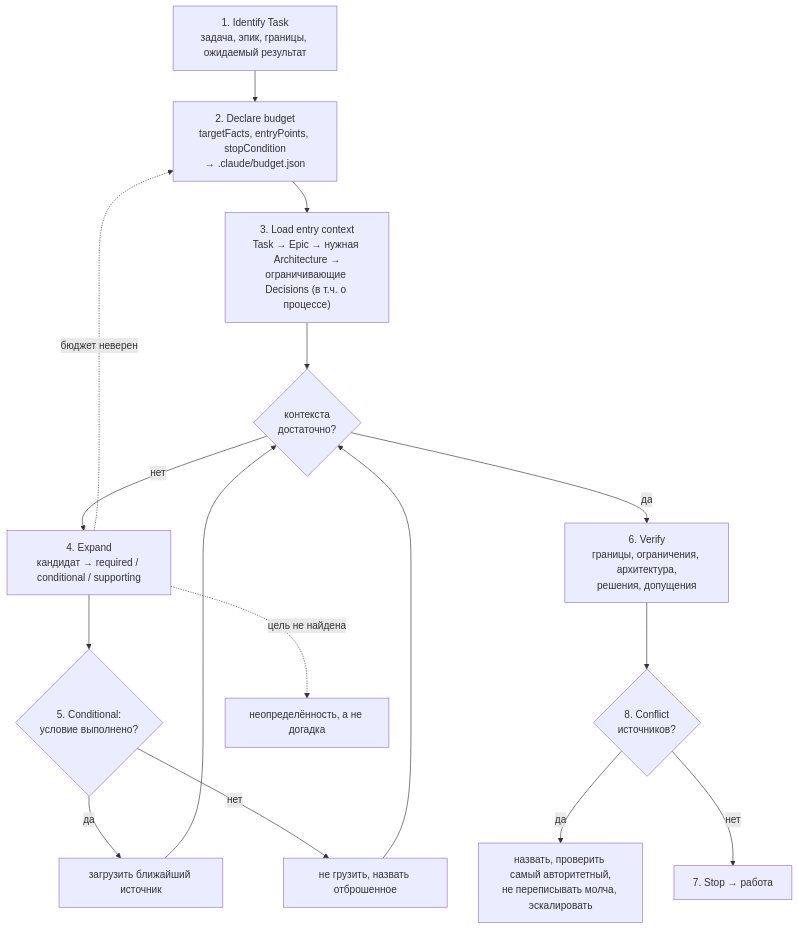
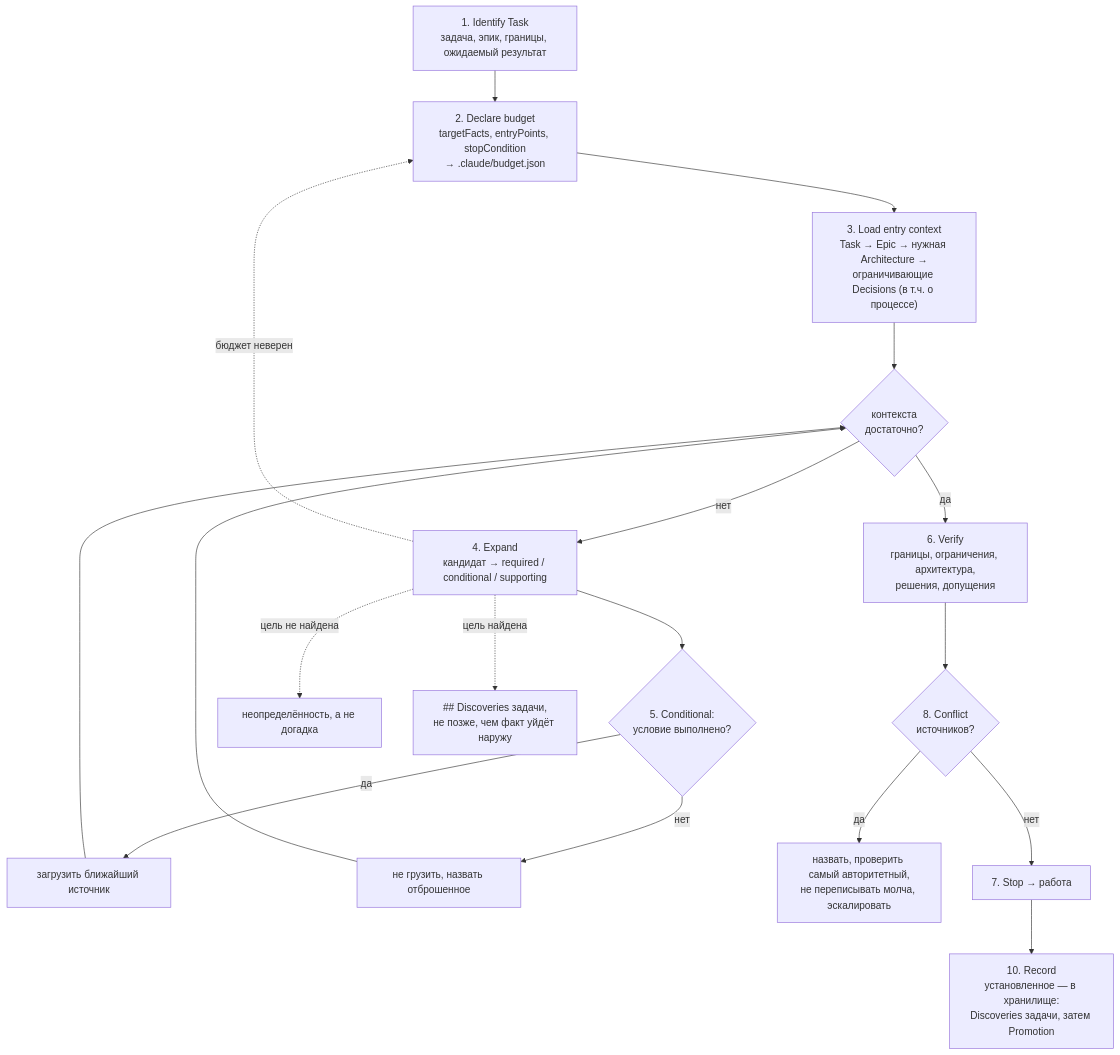
Before and after one commit to GoodJaa/MemoValeOS: the diagram in Docs/04-Assistant-Behaviour/04-3-Context-Selection.md, drawn with Mermaid. The commit also changed other lines of this file and 25 other files, not shown here.

````diff
--- a/Docs/04-Assistant-Behaviour/04-3-Context-Selection.md
+++ b/Docs/04-Assistant-Behaviour/04-3-Context-Selection.md
@@ -16,18 +16,20 @@
 ```mermaid
 flowchart TD
     S1["1. Identify Task<br/>задача, эпик, границы, ожидаемый результат"] --> S2["2. Declare budget<br/>targetFacts, entryPoints, stopCondition<br/>→ .claude/budget.json"]
     S2 --> S3["3. Load entry context<br/>Task → Epic → нужная Architecture →<br/>ограничивающие Decisions (в т.ч. о процессе)"]
     S3 --> Q{"контекста<br/>достаточно?"}
     Q -- нет --> S4["4. Expand<br/>кандидат → required / conditional / supporting"]
     S4 --> S5{"5. Conditional:<br/>условие выполнено?"}
     S5 -- да --> L["загрузить ближайший источник"]
     S5 -- нет --> SKIP["не грузить, назвать отброшенное"]
     L --> Q
     SKIP --> Q
     Q -- да --> S6["6. Verify<br/>границы, ограничения, архитектура,<br/>решения, допущения"]
     S6 --> C{"8. Conflict<br/>источников?"}
     C -- да --> ESC["назвать, проверить самый авторитетный,<br/>не переписывать молча, эскалировать"]
     C -- нет --> S7["7. Stop → работа"]
+    S7 --> S10["10. Record<br/>установленное — в хранилище:<br/>Discoveries задачи, затем Promotion"]
     S4 -. "цель не найдена" .-> U["неопределённость, а не догадка"]
+    S4 -. "цель найдена" .-> D["## Discoveries задачи,<br/>не позже, чем факт уйдёт наружу"]
     S4 -. "бюджет неверен" .-> S2
 ```
````
